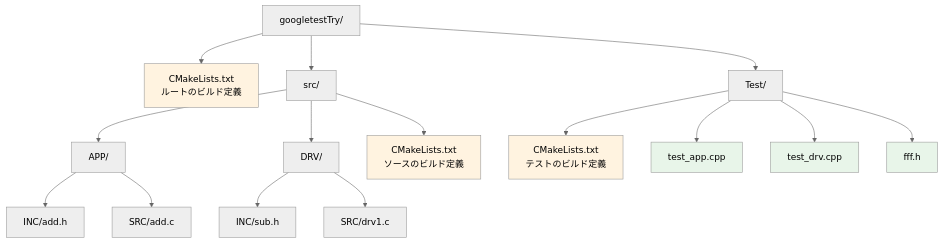
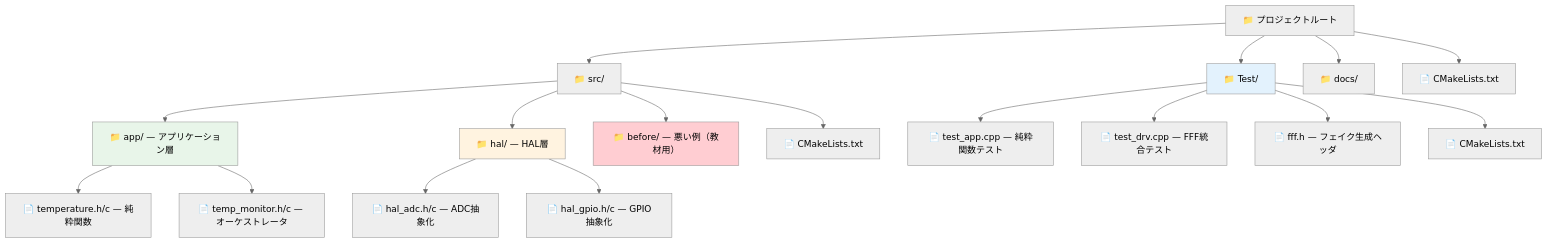
One commit to OhnariJinta/TeachingEmbC changed the first of 4 diagrams in docs/md/02_environment.md. Above: the diagram before and after it, drawn with Mermaid (neutral theme). The commit also changed other lines of this file and 27 other files, not shown here.

First line of the commit message:
Replace APP/DRV with general embedded C best practices: temperature monitor with pure functions, HAL, before/after examples, 16 passing tests

````diff
--- a/docs/md/02_environment.md
+++ b/docs/md/02_environment.md
@@ -20,28 +14,28 @@
 ```mermaid
 graph TD
-    Root[googletestTry/] --> CMakeRoot[CMakeLists.txt<br>ルートのビルド定義]
-    Root --> Src[src/]
-    Root --> Test[Test/]
+    ROOT["📁 プロジェクトルート"] --> SRC["📁 src/"]
+    ROOT --> TEST["📁 Test/"]
+    ROOT --> DOCS["📁 docs/"]
+    ROOT --> CMAKE_ROOT["📄 CMakeLists.txt"]
     
-    Src --> APP[APP/]
-    Src --> DRV[DRV/]
-    Src --> CMakeSrc[CMakeLists.txt<br>ソースのビルド定義]
+    SRC --> APP["📁 app/ — アプリケーション層"]
+    SRC --> HAL["📁 hal/ — HAL層"]
+    SRC --> BEFORE["📁 before/ — 悪い例（教材用）"]
+    SRC --> CMAKE_SRC["📄 CMakeLists.txt"]
     
-    APP --> APPINC[INC/add.h]
-    APP --> APPSRC[SRC/add.c]
+    APP --> TEMP_H["📄 temperature.h/c — 純粋関数"]
+    APP --> MON_H["📄 temp_monitor.h/c — オーケストレータ"]
     
-    DRV --> DRVINC[INC/sub.h]
-    DRV --> DRVSRC[SRC/drv1.c]
+    HAL --> ADC_H["📄 hal_adc.h/c — ADC抽象化"]
+    HAL --> GPIO_H["📄 hal_gpio.h/c — GPIO抽象化"]
     
-    Test --> CMakeTest[CMakeLists.txt<br>テストのビルド定義]
-    Test --> TestApp[test_app.cpp]
-    Test --> TestDrv[test_drv.cpp]
-    Test --> FFF[fff.h]
+    TEST --> TEST_APP["📄 test_app.cpp — 純粋関数テスト"]
+    TEST --> TEST_DRV["📄 test_drv.cpp — FFF統合テスト"]
+    TEST --> FFF_H["📄 fff.h — フェイク生成ヘッダ"]
+    TEST --> CMAKE_TEST["📄 CMakeLists.txt"]
     
-    style CMakeRoot fill:#fff3e0
-    style CMakeSrc fill:#fff3e0
-    style CMakeTest fill:#fff3e0
-    style TestApp fill:#e8f5e9
-    style TestDrv fill:#e8f5e9
-    style FFF fill:#e8f5e9
+    style APP fill:#e8f5e9
+    style HAL fill:#fff3e0
+    style BEFORE fill:#ffcdd2
+    style TEST fill:#e3f2fd
 ```
````
